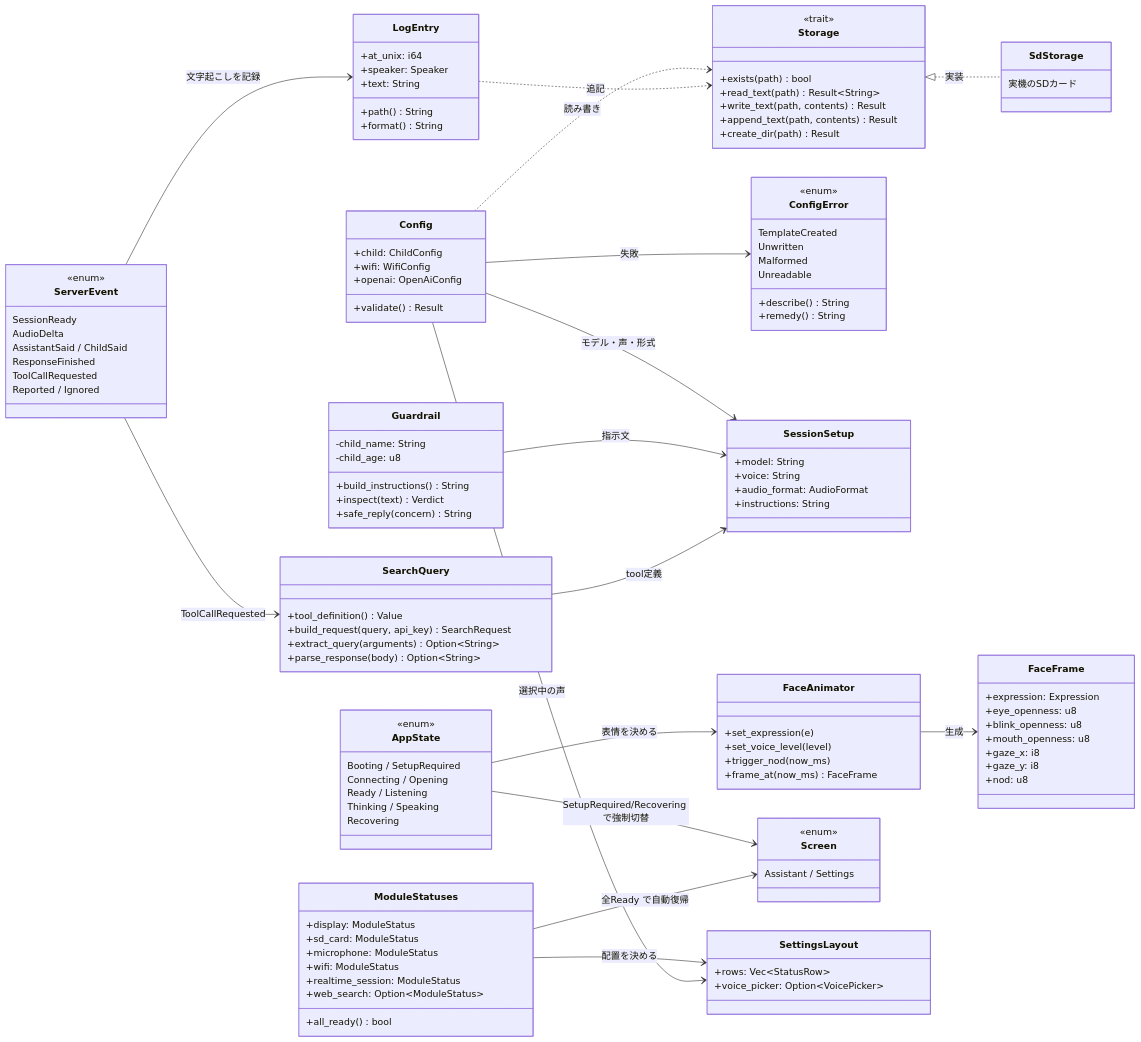
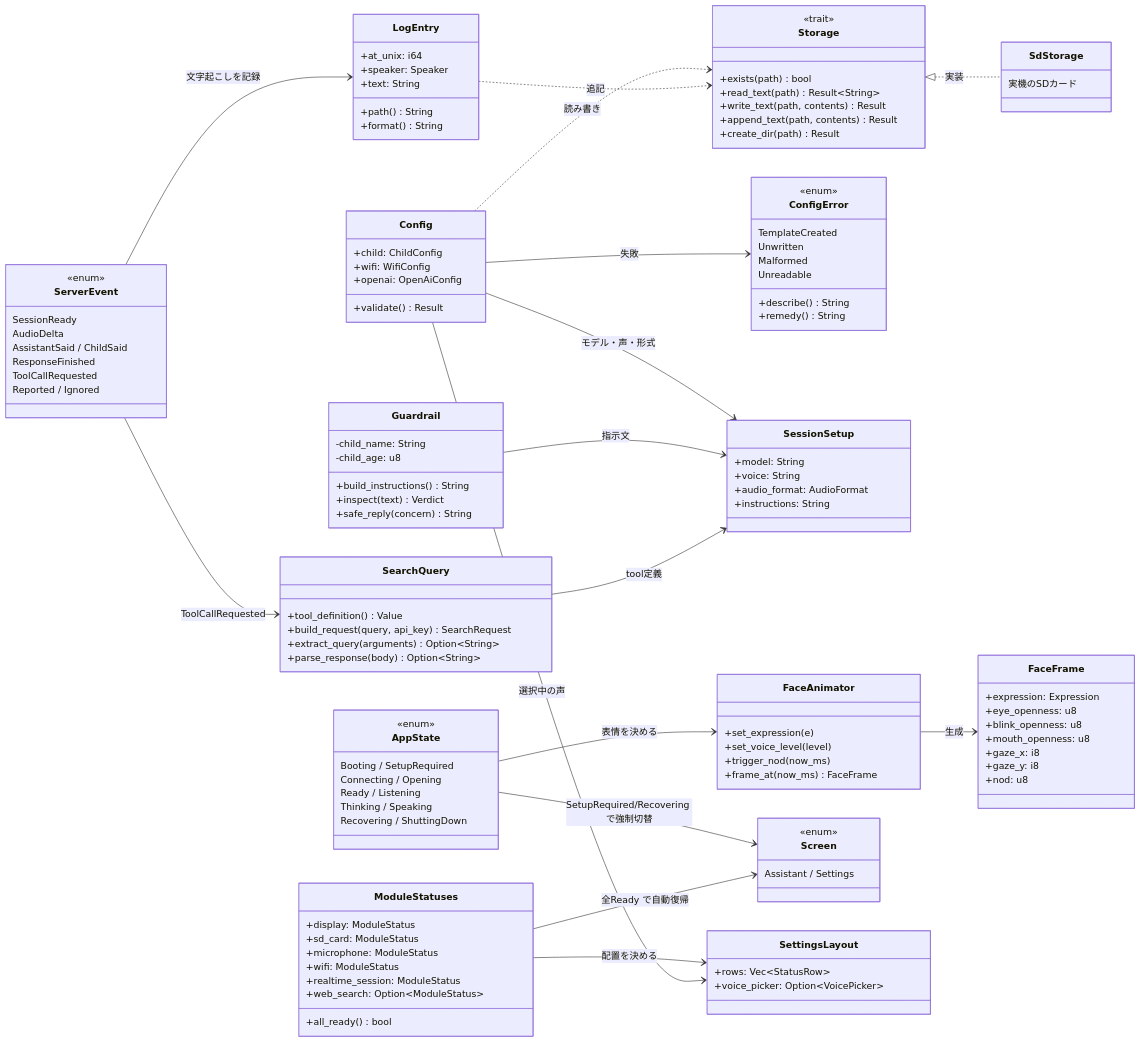
Before and after one commit to kibou-vision/m5a: the second of 2 diagrams in docs/design/architecture.md, drawn with Mermaid. The commit also changed 7 other files, not shown here.

```diff
--- a/docs/design/architecture.md
+++ b/docs/design/architecture.md
@@ -65,7 +65,7 @@
     Connecting / Opening
     Ready / Listening
     Thinking / Speaking
-    Recovering
+    Recovering / ShuttingDown
   }
 
   class Guardrail {
```
